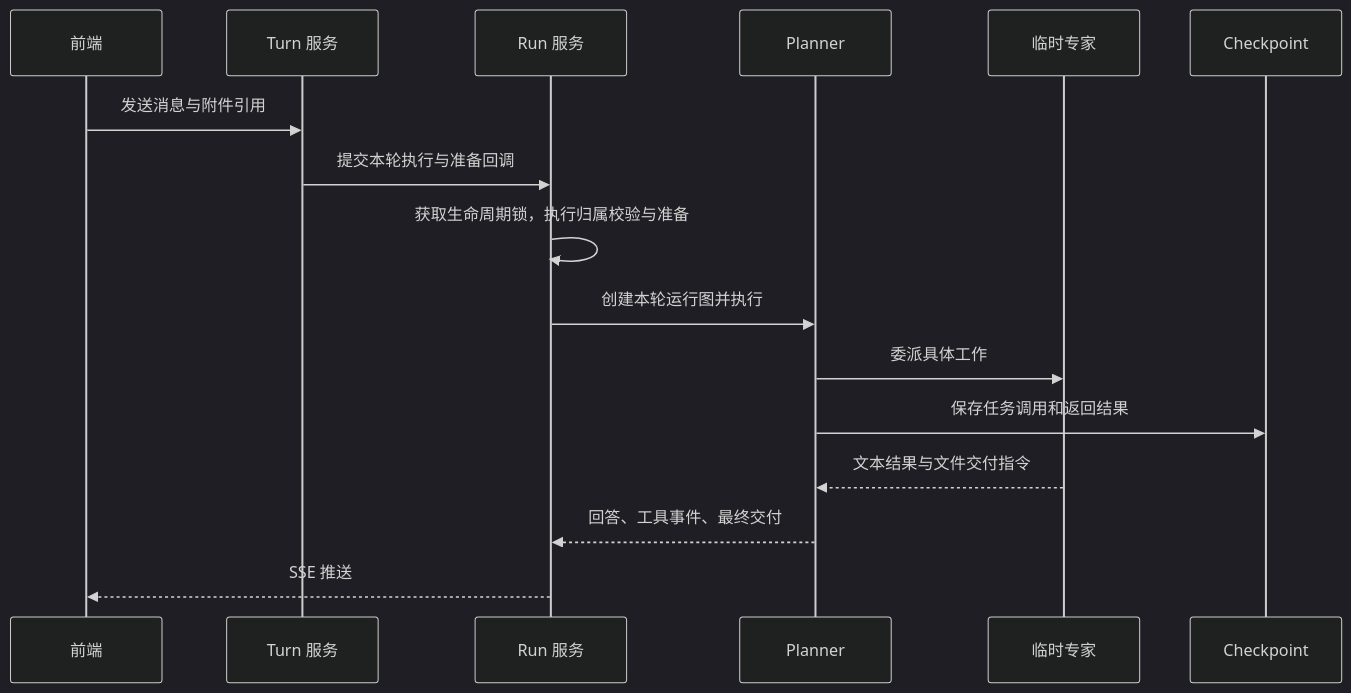
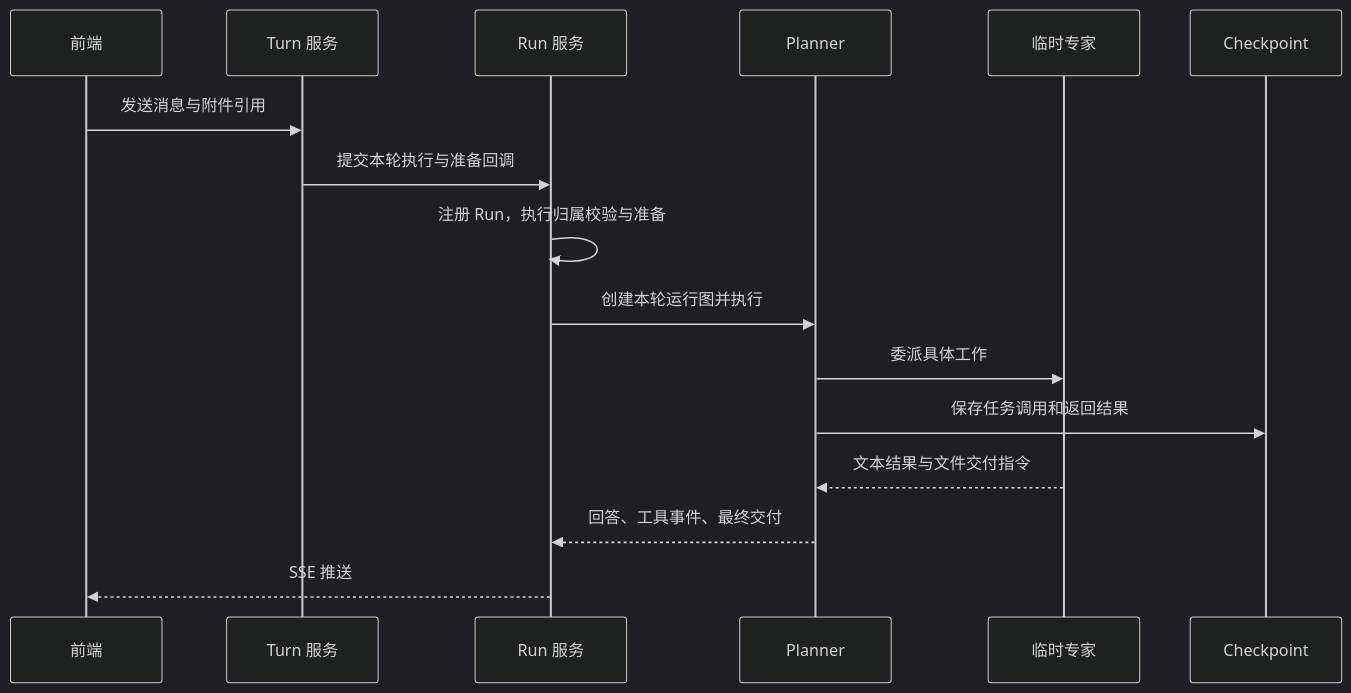
Before and after one commit to 2739673455/dataagent: the second of 2 diagrams in docs/06_对话与多智能体协作.md, drawn with Mermaid (dark theme). The commit also changed other lines of this file and 47 other files, not shown here.

````diff
--- a/docs/06_对话与多智能体协作.md
+++ b/docs/06_对话与多智能体协作.md
@@ -68,18 +68,18 @@
 ```mermaid
 sequenceDiagram
     participant UI as 前端
     participant Turn as Turn 服务
     participant Run as Run 服务
     participant Planner as Planner
     participant Expert as 临时专家
     participant PG as Checkpoint
     UI->>Turn: 发送消息与附件引用
     Turn->>Run: 提交本轮执行与准备回调
-    Run->>Run: 获取生命周期锁，执行归属校验与准备
+    Run->>Run: 注册 Run，执行归属校验与准备
     Run->>Planner: 创建本轮运行图并执行
     Planner->>Expert: 委派具体工作
     Planner->>PG: 保存任务调用和返回结果
     Expert-->>Planner: 文本结果与文件交付指令
     Planner-->>Run: 回答、工具事件、最终交付
     Run-->>UI: SSE 推送
 ```
````
